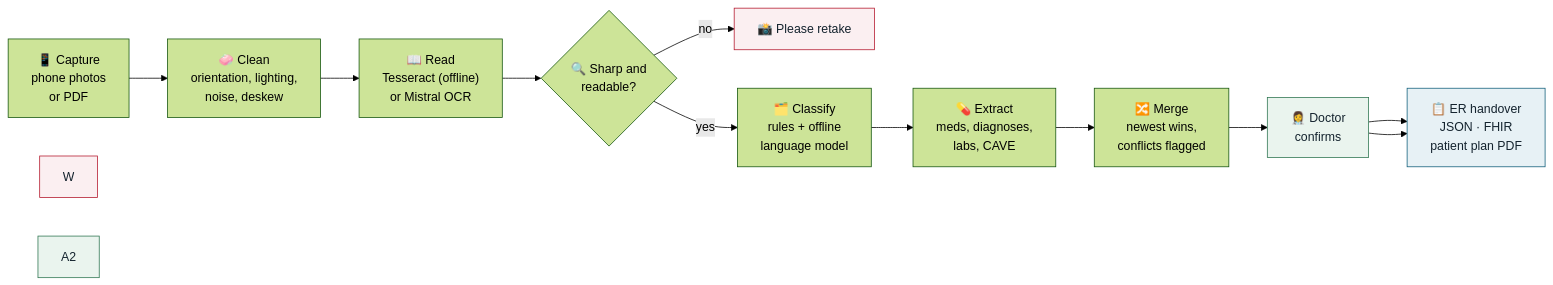
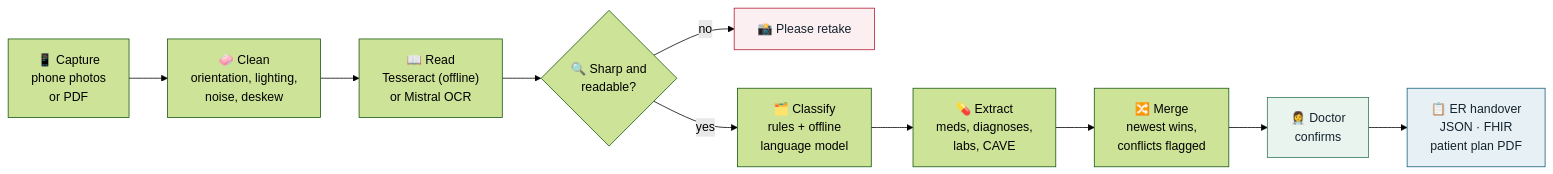
The diagram in README.md (uromi06/get_well_OCR), drawn with Mermaid (forest theme) before and after one commit. The commit also changed other lines of this file, not shown here.

Commit message:
README: .env is local (no keys in repo), fix flow diagram, add PWA

````diff
--- a/README.md
+++ b/README.md
@@ -47,19 +47,16 @@
 ```mermaid
 flowchart LR
     A["📱 Capture<br/>phone photos<br/>or PDF"] --> B["🧼 Clean<br/>orientation, lighting,<br/>noise, deskew"]
     B --> C["📖 Read<br/>Tesseract (offline)<br/>or Mistral OCR"]
     C --> Q{"🔍 Sharp and<br/>readable?"}
     Q -- "no" --> R["📸 Please retake"]
     Q -- "yes" --> D["🗂️ Classify<br/>rules + offline<br/>language model"]
     D --> E["💊 Extract<br/>meds, diagnoses,<br/>labs, CAVE"]
     E --> F["🔀 Merge<br/>newest wins,<br/>conflicts flagged"]
     F --> G["👩‍⚕️ Doctor<br/>confirms"]
     G --> H["📋 ER handover<br/>JSON · FHIR<br/>patient plan PDF"]
-    G --> H
 
     style R fill:#FBEFF1,stroke:#B4182D,color:#14232E
-    style W fill:#FBEFF1,stroke:#B4182D,color:#14232E
     style G fill:#EAF4EE,stroke:#2E7550,color:#14232E
-    style A2 fill:#EAF4EE,stroke:#2E7550,color:#14232E
     style H fill:#E7F1F5,stroke:#0F5E7A,color:#14232E
 ```
````
